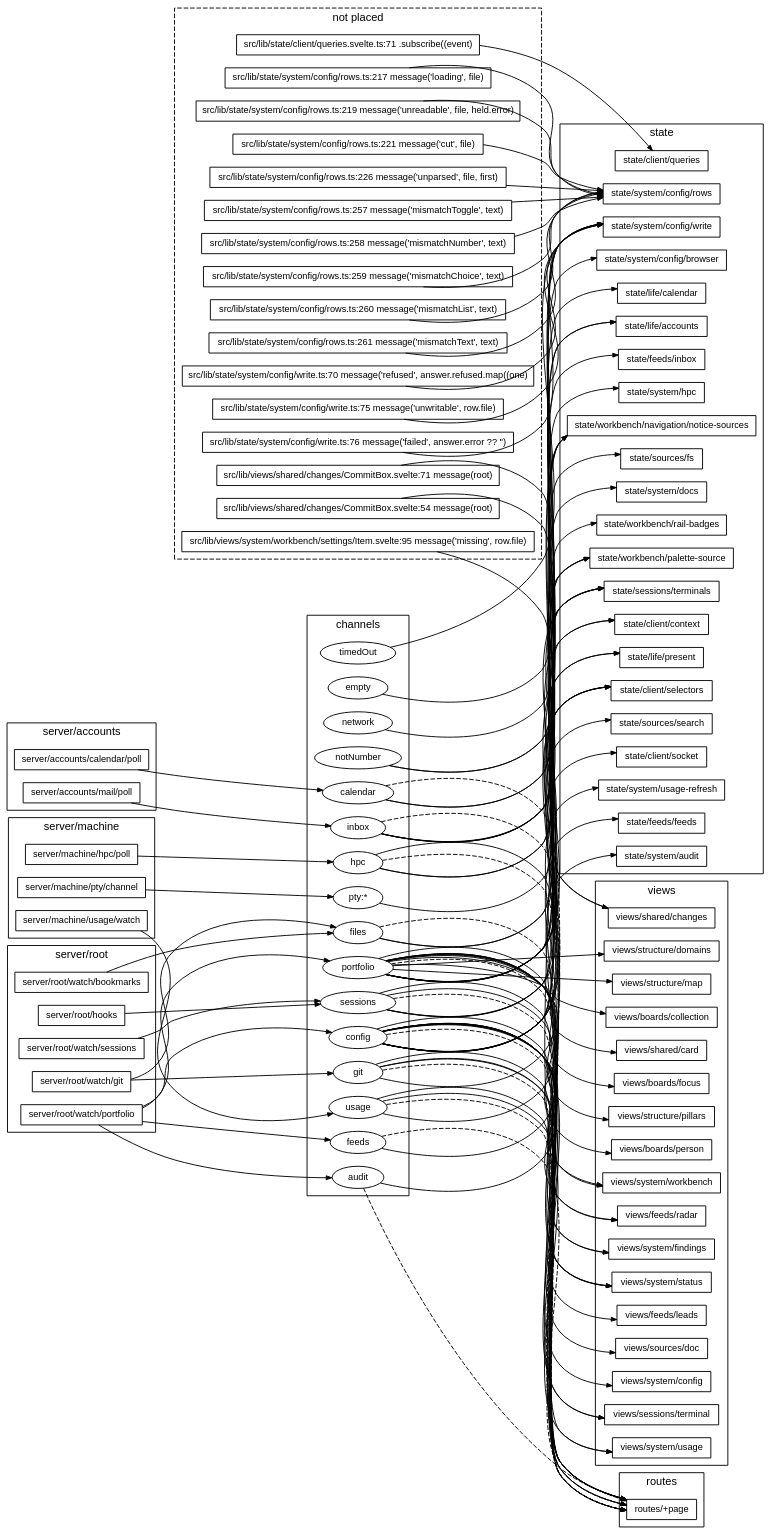
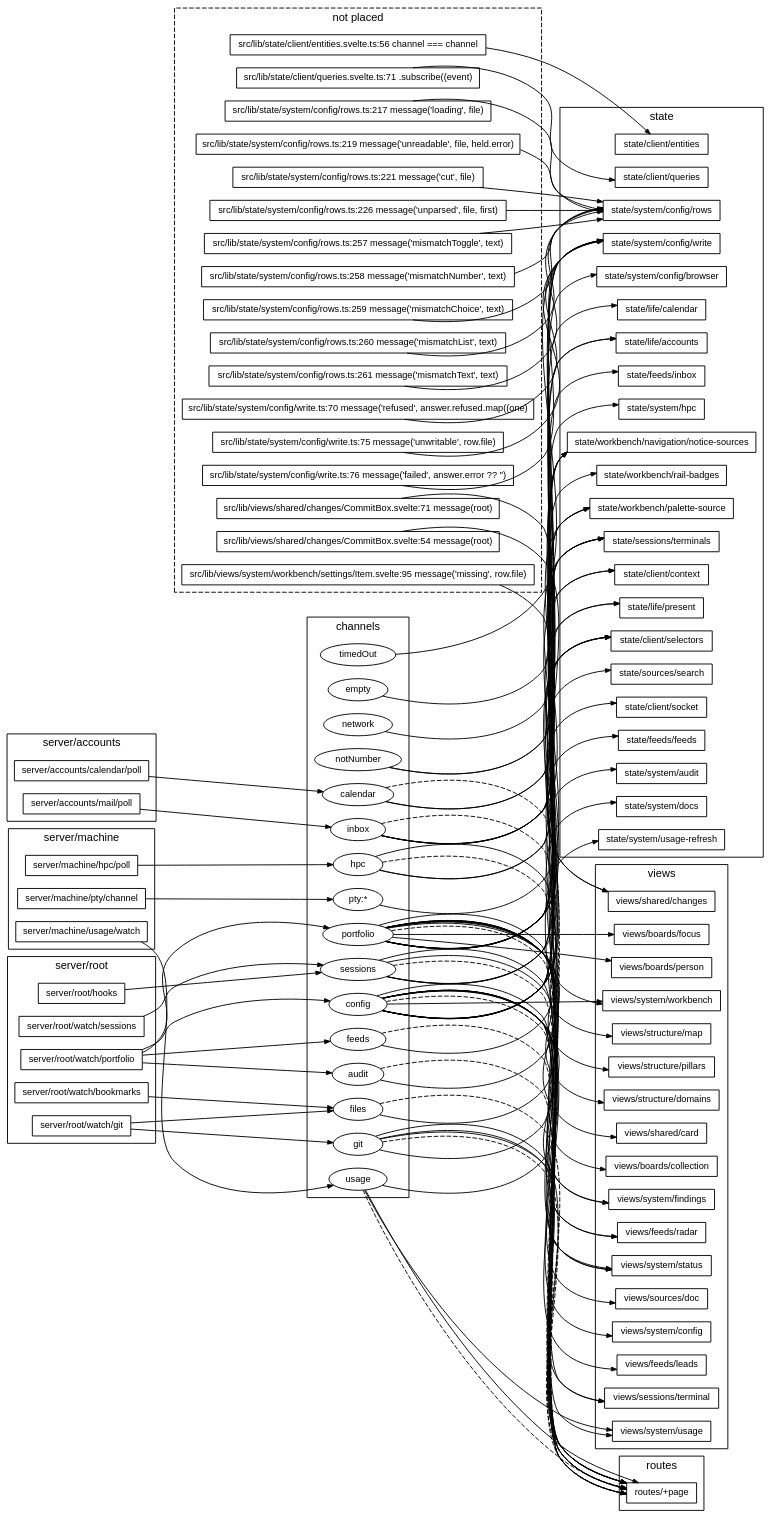
The diagram in docs/diagrams/channels.dot (TheAxeC/oculus), drawn with Graphviz before and after one commit. The commit also changed 213 other files, not shown here.

```diff
--- a/docs/diagrams/channels.dot
+++ b/docs/diagrams/channels.dot
@@ -42,6 +42,7 @@
     }
     subgraph "cluster_lost" {
         label="not placed"; style=dashed;
+        "? src/lib/state/client/entities.svelte.ts:56" [label="src/lib/state/client/entities.svelte.ts:56 channel === channel"];
         "? src/lib/state/client/queries.svelte.ts:71" [label="src/lib/state/client/queries.svelte.ts:71 .subscribe((event)"];
         "? src/lib/state/system/config/rows.ts:217" [label="src/lib/state/system/config/rows.ts:217 message('loading', file)"];
         "? src/lib/state/system/config/rows.ts:219" [label="src/lib/state/system/config/rows.ts:219 message('unreadable', file, held.error)"];
@@ -62,6 +63,7 @@
     subgraph "cluster_read state" {
         label="state"; style=solid;
         "state/client/context";
+        "state/client/entities";
         "state/client/queries";
         "state/client/selectors";
         "state/client/socket";
@@ -71,7 +73,6 @@
         "state/life/calendar";
         "state/life/present";
         "state/sessions/terminals";
-        "state/sources/fs";
         "state/sources/search";
         "state/system/audit";
         "state/system/config/browser";
@@ -108,6 +109,7 @@
         label="routes"; style=solid;
         "routes/+page";
     }
+    "? src/lib/state/client/entities.svelte.ts:56" -> "state/client/entities";
     "? src/lib/state/client/queries.svelte.ts:71" -> "state/client/queries";
     "? src/lib/state/system/config/rows.ts:217" -> "state/system/config/rows";
     "? src/lib/state/system/config/rows.ts:219" -> "state/system/config/rows";
@@ -150,7 +152,6 @@
     "ch feeds" -> "routes/+page" [style=dashed];
     "ch feeds" -> "state/feeds/feeds";
     "ch files" -> "routes/+page" [style=dashed];
-    "ch files" -> "state/sources/fs";
     "ch files" -> "state/system/docs";
     "ch git" -> "routes/+page" [style=dashed];
     "ch git" -> "routes/+page";
```
